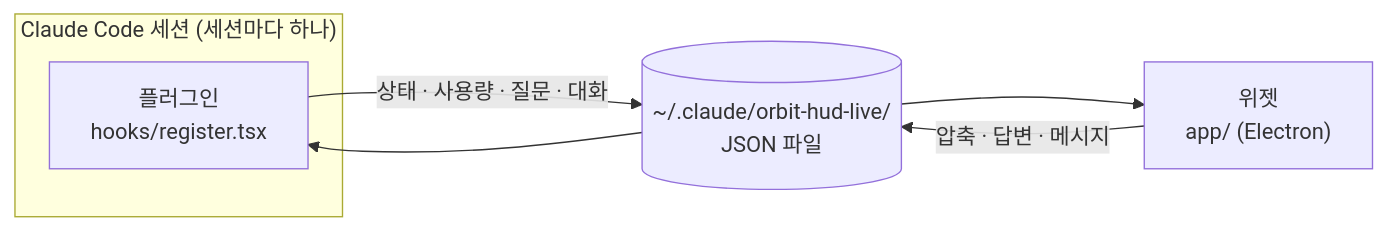
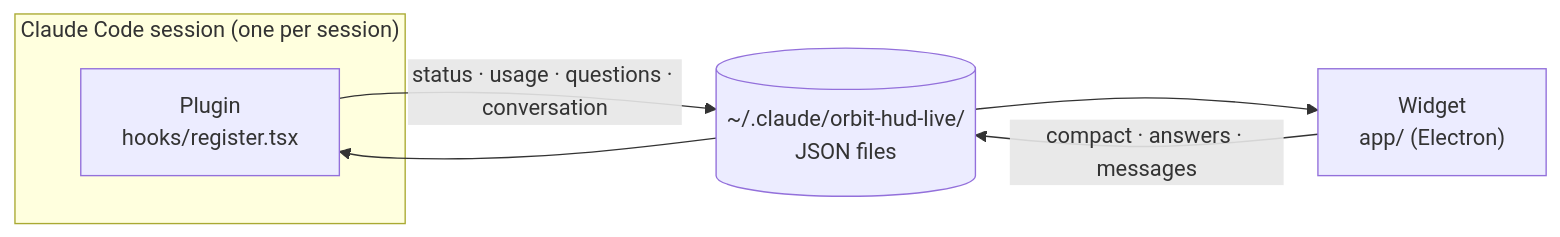
One commit to Lab-Dawn/orbit-hud changed the diagram in README.md. Above: the diagram before and after it, drawn with Mermaid. The commit also changed other lines of this file and 17 other files, not shown here.

````diff
--- a/README.md
+++ b/README.md
@@ -125,12 +135,12 @@
 ```mermaid
 flowchart LR
-  subgraph S["Claude Code 세션 (세션마다 하나)"]
-    P["플러그인<br/>hooks/register.tsx"]
+  subgraph S["Claude Code session (one per session)"]
+    P["Plugin<br/>hooks/register.tsx"]
   end
-  F[("~/.claude/orbit-hud-live/<br/>JSON 파일")]
-  W["위젯<br/>app/ (Electron)"]
-  P -- "상태 · 사용량 · 질문 · 대화" --> F
+  F[("~/.claude/orbit-hud-live/<br/>JSON files")]
+  W["Widget<br/>app/ (Electron)"]
+  P -- "status · usage · questions · conversation" --> F
   F --> W
-  W -- "압축 · 답변 · 메시지" --> F
+  W -- "compact · answers · messages" --> F
   F --> P
 ```
````
